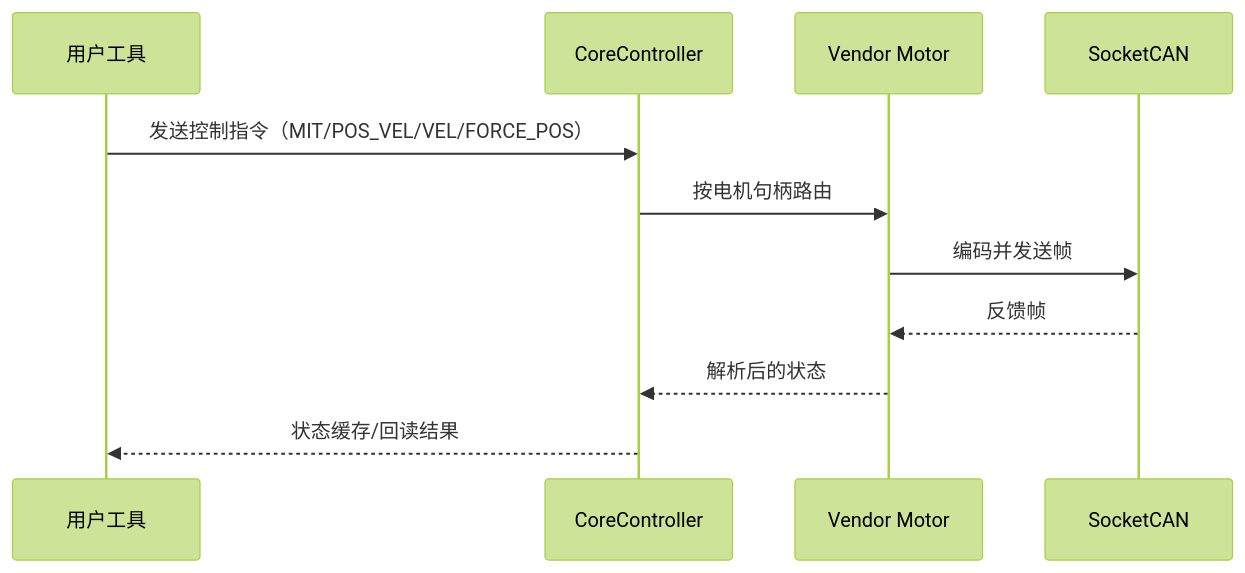
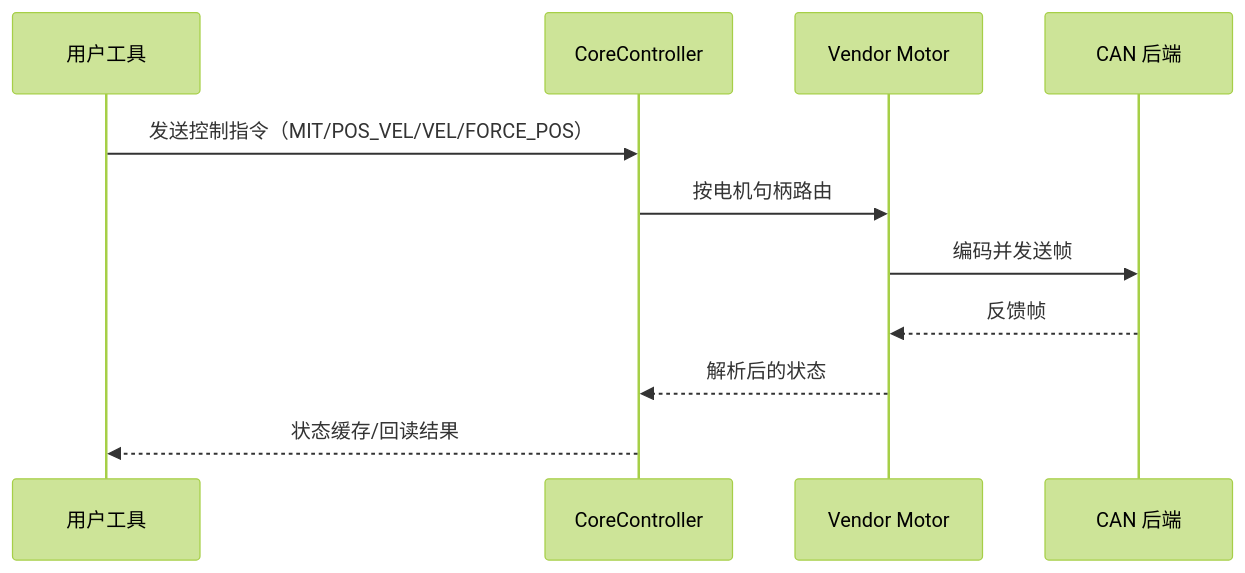
One commit to tianrking/motorbridge changed the second of 2 diagrams in docs/zh/architecture.md. Above: the diagram before and after it, drawn with Mermaid (forest theme). The commit also changed other lines of this file and 30 other files, not shown here.

````diff
--- a/docs/zh/architecture.md
+++ b/docs/zh/architecture.md
@@ -19,13 +21,13 @@
 ```mermaid
 sequenceDiagram
   participant U as 用户工具
   participant C as CoreController
   participant V as Vendor Motor
-  participant B as SocketCAN
+  participant B as CAN 后端
   U->>C: 发送控制指令（MIT/POS_VEL/VEL/FORCE_POS）
   C->>V: 按电机句柄路由
   V->>B: 编码并发送帧
   B-->>V: 反馈帧
   V-->>C: 解析后的状态
   C-->>U: 状态缓存/回读结果
 ```
````
